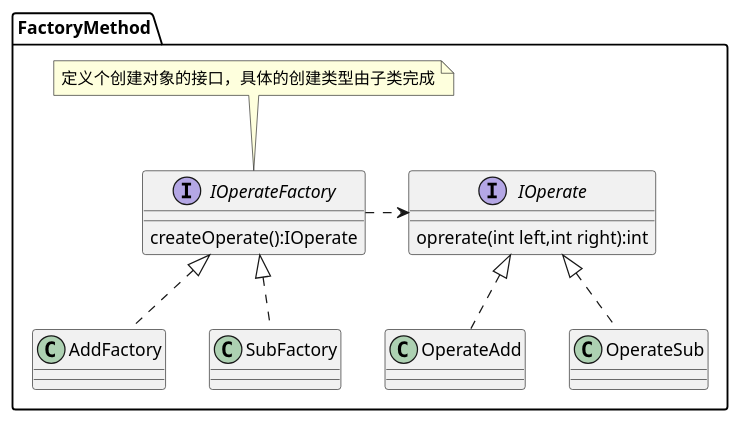
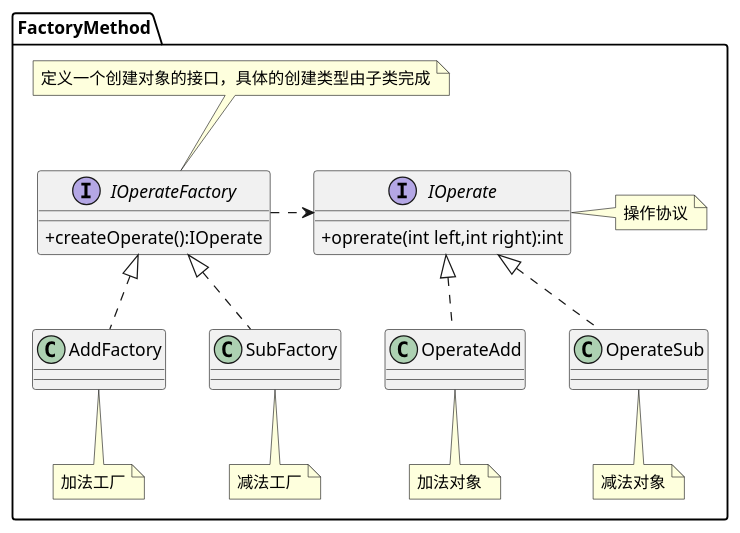
The diagram in lib_design_pattern/src/main/java/com/mxdl/desigin/pattern/create/a04_factory_method/uml/factory_method.puml (mxdldev/java-design-pattern), drawn with PlantUML before and after one commit. The commit also changed 28 other files, not shown here.

```diff
--- a/lib_design_pattern/src/main/java/com/mxdl/desigin/pattern/create/a04_factory_method/uml/factory_method.puml
+++ b/lib_design_pattern/src/main/java/com/mxdl/desigin/pattern/create/a04_factory_method/uml/factory_method.puml
@@ -1,18 +1,32 @@
 @startuml
+skinparam classAttributeIconSize 0
 package FactoryMethod{
+
     interface IOperate{
-        oprerate(int left,int right):int
+        +oprerate(int left,int right):int
     }
+    note right:操作协议
+
+    class OperateAdd
+    note bottom:加法对象
     class OperateAdd implements IOperate
+
+    class OperateSub
+    note bottom:减法对象
     class OperateSub implements IOperate
 
     interface IOperateFactory{
-        createOperate():IOperate
+        +createOperate():IOperate
     }
-    note top:定义个创建对象的接口，具体的创建类型由子类完成
+    note top:定义一个创建对象的接口，具体的创建类型由子类完成
+    class AddFactory
+    note bottom:加法工厂
     class AddFactory implements IOperateFactory
+
+    class SubFactory
+    note bottom:减法工厂
     class SubFactory implements IOperateFactory
 
     IOperateFactory .> IOperate
 }
 @enduml
```
